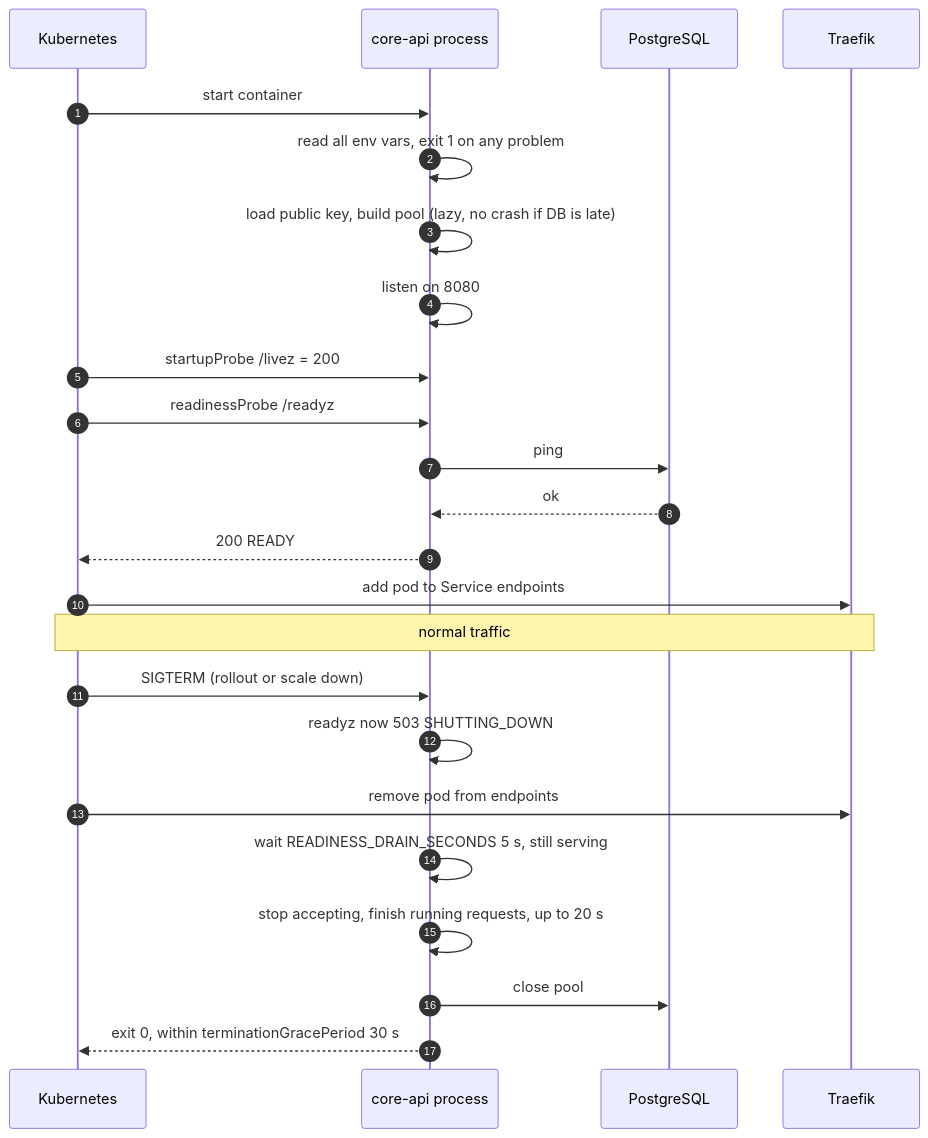
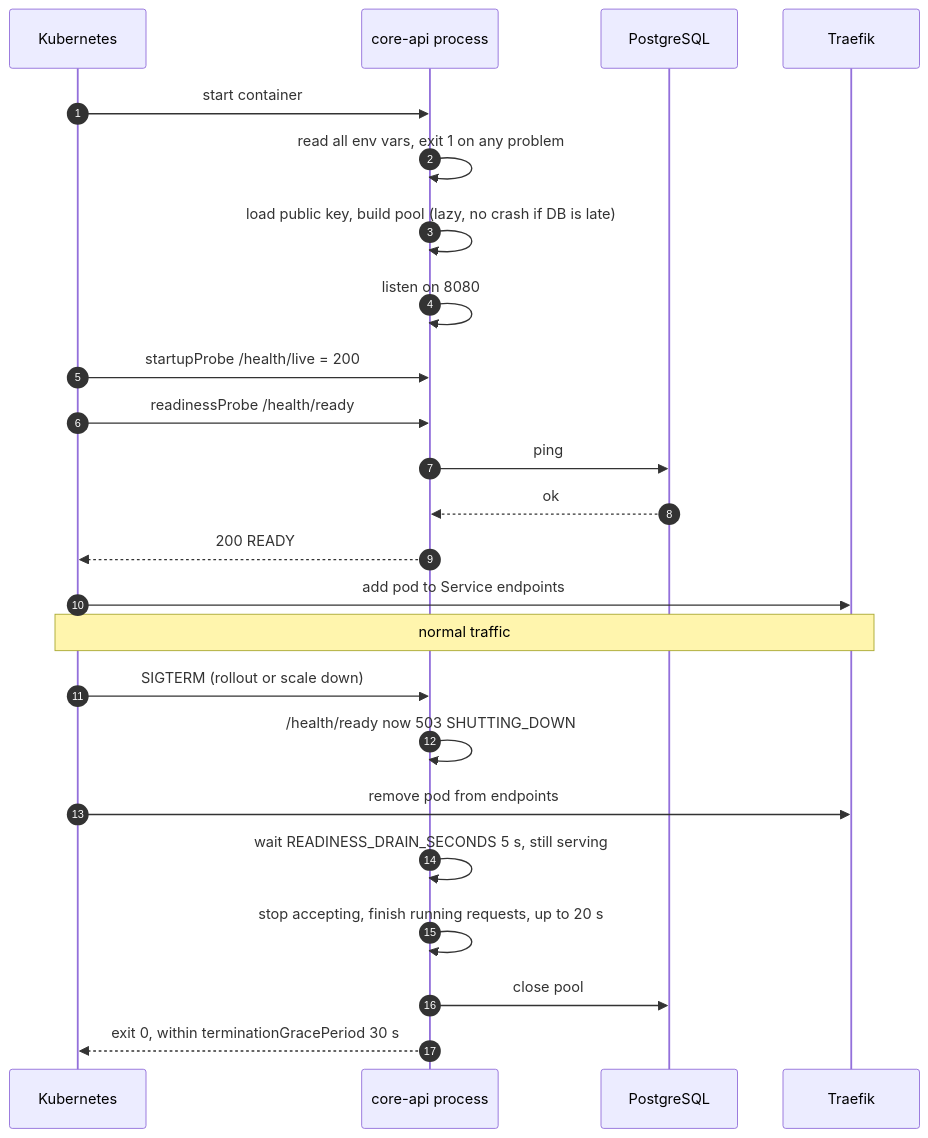
Before and after one commit to phantomTroupeEAD/SwiftDrop: the sixth of 6 diagrams in docs/drafts/member-07-dispatcher-admin-web-gateway/doc-08-implementation-deployment-and-ops.md, drawn with Mermaid. The commit also changed other lines of this file and 125 other files, not shown here.

````diff
--- a/docs/drafts/member-07-dispatcher-admin-web-gateway/doc-08-implementation-deployment-and-ops.md
+++ b/docs/drafts/member-07-dispatcher-admin-web-gateway/doc-08-implementation-deployment-and-ops.md
@@ -605,26 +633,26 @@
 ```mermaid
 sequenceDiagram
     autonumber
     participant K as Kubernetes
     participant P as core-api process
     participant DB as PostgreSQL
     participant T as Traefik
     K->>P: start container
     P->>P: read all env vars, exit 1 on any problem
     P->>P: load public key, build pool (lazy, no crash if DB is late)
     P->>P: listen on 8080
-    K->>P: startupProbe /livez = 200
-    K->>P: readinessProbe /readyz
+    K->>P: startupProbe /health/live = 200
+    K->>P: readinessProbe /health/ready
     P->>DB: ping
     DB-->>P: ok
     P-->>K: 200 READY
     K->>T: add pod to Service endpoints
     Note over K,T: normal traffic
     K->>P: SIGTERM (rollout or scale down)
-    P->>P: readyz now 503 SHUTTING_DOWN
+    P->>P: /health/ready now 503 SHUTTING_DOWN
     K->>T: remove pod from endpoints
     P->>P: wait READINESS_DRAIN_SECONDS 5 s, still serving
     P->>P: stop accepting, finish running requests, up to 20 s
     P->>DB: close pool
     P-->>K: exit 0, within terminationGracePeriod 30 s
 ```
````
